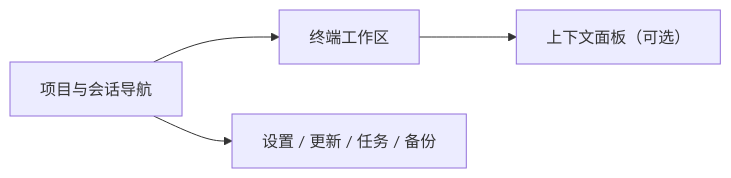
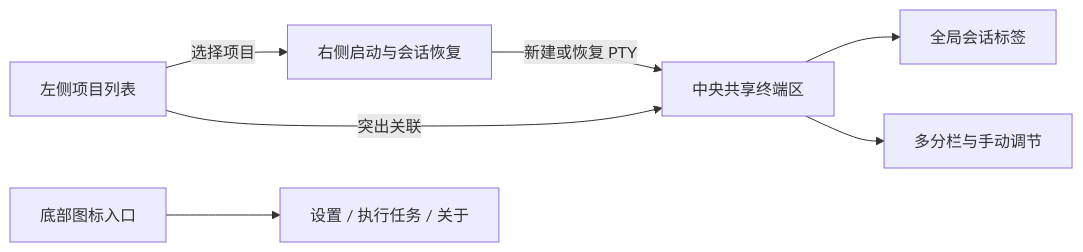
Before and after one commit to SkyJourney/cli-launchpad: the diagram in docs/ui-design.md, drawn with Mermaid. The commit also changed other lines of this file and 12 other files, not shown here.

````diff
--- a/docs/ui-design.md
+++ b/docs/ui-design.md
@@ -16,6 +18,9 @@
 ```mermaid
 flowchart LR
-  nav["项目与会话导航"] --> workspace["终端工作区"]
-  workspace --> context["上下文面板（可选）"]
-  nav --> auxiliary["设置 / 更新 / 任务 / 备份"]
+  projects["左侧项目列表"] -->|选择项目| context["右侧启动与会话恢复"]
+  projects -->|突出关联| workspace["中央共享终端区"]
+  context -->|新建或恢复 PTY| workspace
+  workspace --> tabs["全局会话标签"]
+  workspace --> panes["多分栏与手动调节"]
+  auxiliary["底部图标入口"] --> settings["设置 / 执行任务 / 关于"]
 ```
````
